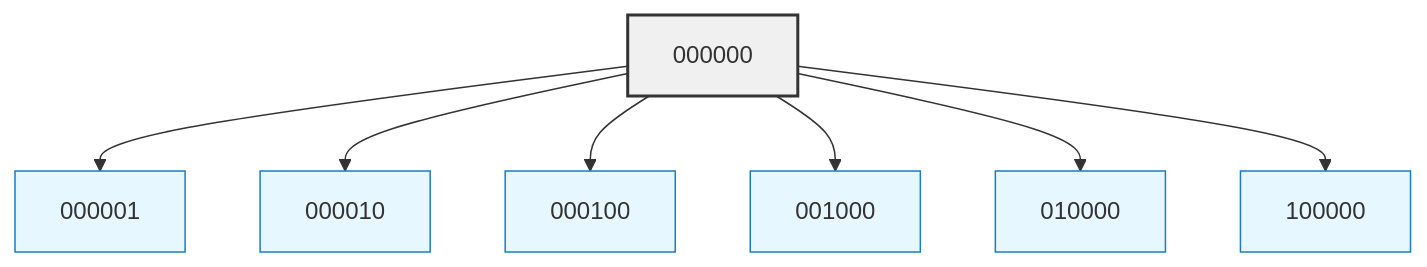
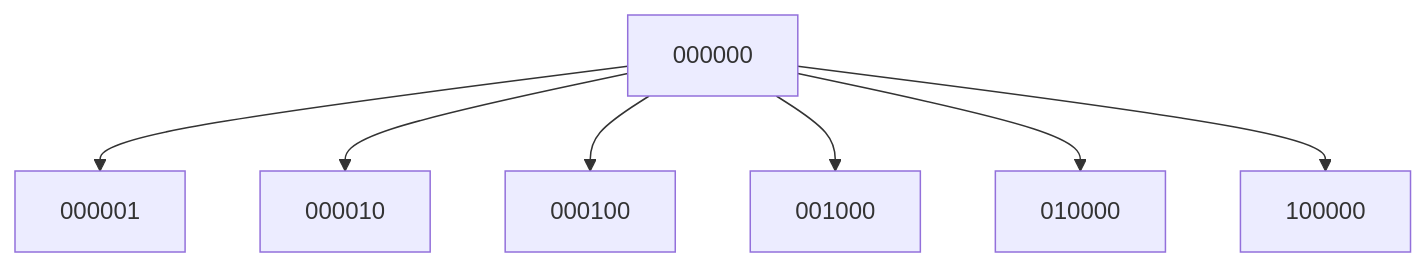
Before and after one commit to sciganec/subit-atlas: the second of 8 diagrams in whitepaper/Whitepaper‑Figures.mmd, drawn with Mermaid. The commit also changed other lines of this file, not shown here.

````diff
--- a/whitepaper/Whitepaper‑Figures.mmd
+++ b/whitepaper/Whitepaper‑Figures.mmd
@@ -32,26 +25,17 @@
 ```mermaid
 graph TD
-
     N0["000000"]
     N1["000001"]
     N2["000010"]
     N3["000100"]
     N4["001000"]
     N5["010000"]
     N6["100000"]
 
     N0 --> N1
     N0 --> N2
     N0 --> N3
     N0 --> N4
     N0 --> N5
     N0 --> N6
-
-    style N0 fill:#f0f0f0,stroke:#333,stroke-width:2px
-    style N1 fill:#e6f7ff,stroke:#1b7dbf
-    style N2 fill:#e6f7ff,stroke:#1b7dbf
-    style N3 fill:#e6f7ff,stroke:#1b7dbf
-    style N4 fill:#e6f7ff,stroke:#1b7dbf
-    style N5 fill:#e6f7ff,stroke:#1b7dbf
-    style N6 fill:#e6f7ff,stroke:#1b7dbf
 ```
````
